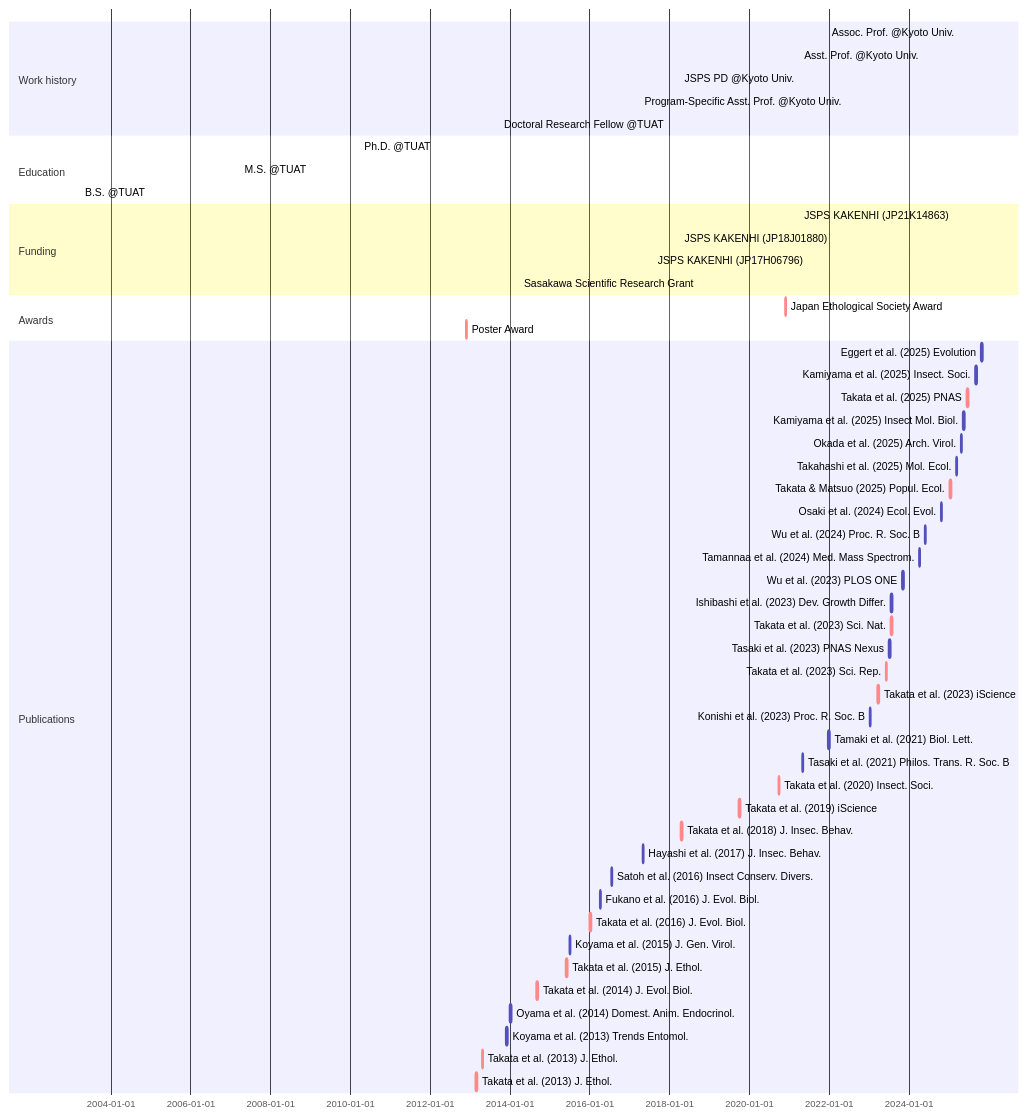
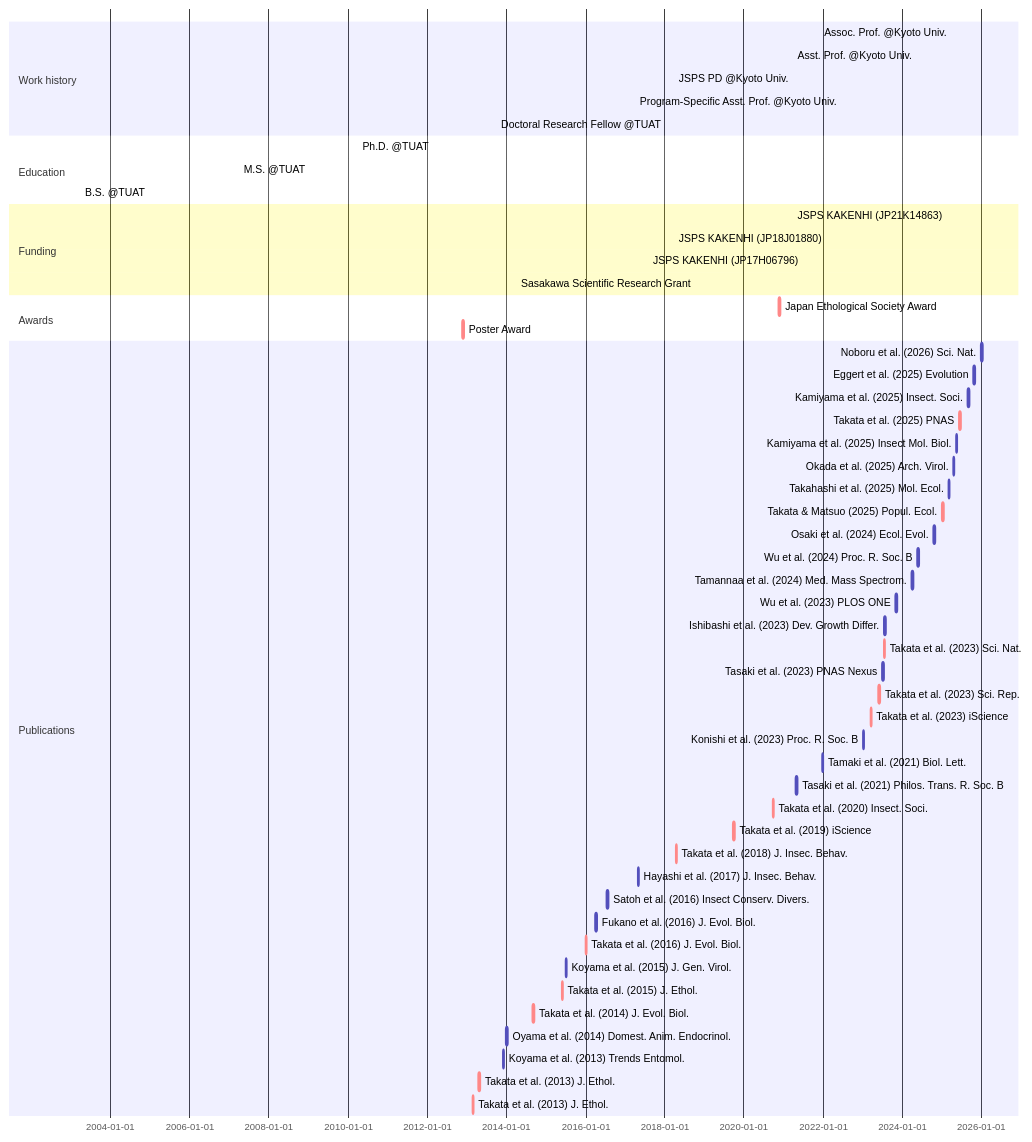
One commit to MamoruTakata/MamoruTakata.github.io changed the diagram in _includes/mermaid-cv.md. Above: the diagram before and after it, drawn with Mermaid.

````diff
--- a/_includes/mermaid-cv.md
+++ b/_includes/mermaid-cv.md
@@ -1,59 +1,60 @@
 ```mermaid
 gantt
 section Work history
   Assoc. Prof. @Kyoto Univ.                     : active, Assoc. Prof., 2025-04-01, 2030-03-31
   Asst. Prof. @Kyoto Univ.                      : active, Asst. Prof., 2021-04-01, 2025-03-31
   JSPS PD @Kyoto Univ.                          : active, PD, 2018-04-01, 2021-03-31
   Program-Specific Asst. Prof. @Kyoto Univ.     : active, Program-Specific Asst. Prof., 2017-04-01, 2018-03-31
   Doctoral Research Fellow @TUAT                : active, Program-Specific Asst. Prof., 2013-10-01, 2017-03-31
 
 section Education
   Ph.D. @TUAT    : Ph.D., 2010-04-01, 2013-09-18
   M.S. @TUAT     : M.S., 2007-04-01, 2010-03-31
   B.S. @TUAT     : B.S., 2003-04-01, 2007-03-31
 
 section Funding
   JSPS KAKENHI (JP21K14863)                     : active, grant_young, 2021-04-01, 2026-03-31
   JSPS KAKENHI (JP18J01880)                     : active, grant_PD, 2018-04-01, 2021-03-31
   JSPS KAKENHI (JP17H06796)                     : active, grant_start, 2017-08-01, 2018-03-31
   Sasakawa Scientific Research Grant            : active, grant_Sasagawa, 2014-04-01, 2015-03-31
 
 section Awards
   Japan Ethological Society Award               : crit, aw_2, 2020-11-21, 2w
   Poster Award                                  : crit, aw_1, 2012-11-24, 2w
 
 section Publications
+  Noboru et al. (2026) Sci. Nat.                :       Noboru et al. 2025, 2026-1-1, 2w
   Eggert et al. (2025) Evolution                :       Eggert et al. 2025, 2025-10-23, 2w
   Kamiyama et al. (2025) Insect. Soci.          :       Kamiyama et al. 2025, 2025-08-31, 2w
   Takata et al. (2025) PNAS                     : crit, Takata et al. 2025, 2025-06-13, 2w
   Kamiyama et al. (2025) Insect Mol. Biol.      :       Kamiyama et al. 2025, 2025-05-11, 2w
   Okada et al. (2025) Arch. Virol.              :       Okada et al. 2025, 2025-04-16, 2w
   Takahashi et al. (2025) Mol. Ecol.            :       Takahashi et al. 2025, 2025-03-04, 2w
   Takata & Matsuo (2025) Popul. Ecol.           : crit, Takata & Matsuo 2025, 2025-01-07, 2w
   Osaki et al. (2024) Ecol. Evol.               :       Osaki et al. 2024, 2024-10-17, 2w
   Wu et al. (2024) Proc. R. Soc. B              :       Wu et al. 2024, 2024-05-22, 2w
   Tamannaa et al. (2024) Med. Mass Spectrom.    :       Tamannaa et al. 2024, 2024-04-01, 2w
   Wu et al. (2023) PLOS ONE                     :       Wu et al. 2023, 2023-11-02, 2w
   Ishibashi et al. (2023) Dev. Growth Differ.   :       Ishibashi et al. 2023, 2023-07-18, 2w
   Takata et al. (2023) Sci. Nat.                : crit, Takata et al. 2023c, 2023-07-17, 2w
   Tasaki et al. (2023) PNAS Nexus               :       Tasaki et al. 2023, 2023-07-04, 2w
   Takata et al. (2023) Sci. Rep.                : crit, Takata et al. 2023b, 2023-05-31, 2w
   Takata et al. (2023) iScience                 : crit, Takata et al. 2023a, 2023-03-17, 2w
   Konishi et al. (2023) Proc. R. Soc. B         :       Konishi et al. 2023, 2023-01-04, 2w
   Tamaki et al. (2021) Biol. Lett.              :       Tamaki et al. 2021, 2021-12-22, 2w
   Tasaki et al. (2021) Philos. Trans. R. Soc. B :       Tasaki et al. 2021, 2021-04-26, 2w
   Takata et al. (2020) Insect. Soci.            : crit, Takata et al. 2020, 2020-09-22, 2w
   Takata et al. (2019) iScience                 : crit, Takata et al. 2019, 2019-09-27, 2w
   Takata et al. (2018) J. Insec. Behav.         : crit, Takata et al. 2018, 2018-04-14, 2w
   Hayashi et al. (2017) J. Insec. Behav.        :       Hayashi et al. 2017, 2017-04-29, 2w
   Satoh et al. (2016) Insect Conserv. Divers.   :       Satoh et al. 2016, 2016-07-16, 2w
   Fukano et al. (2016) J. Evol. Biol.           :       Fukano et al. 2016, 2016-04-01, 2w
   Takata et al. (2016) J. Evol. Biol.           : crit, Takata et al. 2016, 2016-01-01, 2w
   Koyama et al. (2015) J. Gen. Virol.           :       Koyama et al. 2015, 2015-07-01, 2w
   Takata et al. (2015) J. Ethol.                : crit, Takata et al. 2015, 2015-05-28, 2w
   Takata et al. (2014) J. Evol. Biol.           : crit, Takata et al. 2014, 2014-09-01, 2w
   Oyama et al. (2014) Domest. Anim. Endocrinol. :       Oyama et al. 2014, 2014-01-01, 2w
   Koyama et al. (2013) Trends Entomol.          :       Koyama et al. 2013, 2013-12-01, 2w
   Takata et al. (2013) J. Ethol.                : crit, Takata et al. 2015b, 2013-04-21, 2w
   Takata et al. (2013) J. Ethol.                : crit, Takata et al. 2015a, 2013-02-23, 2w
 ```
````
